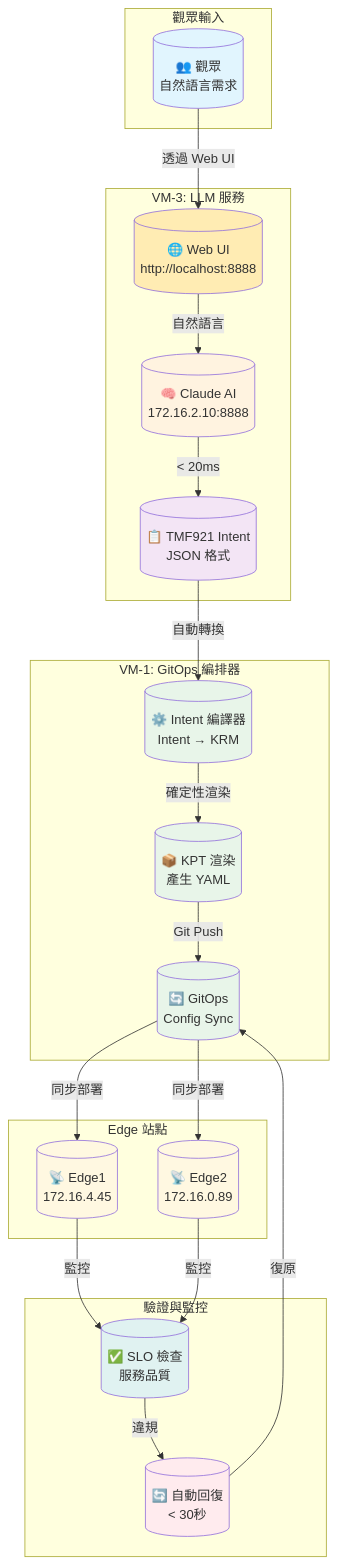
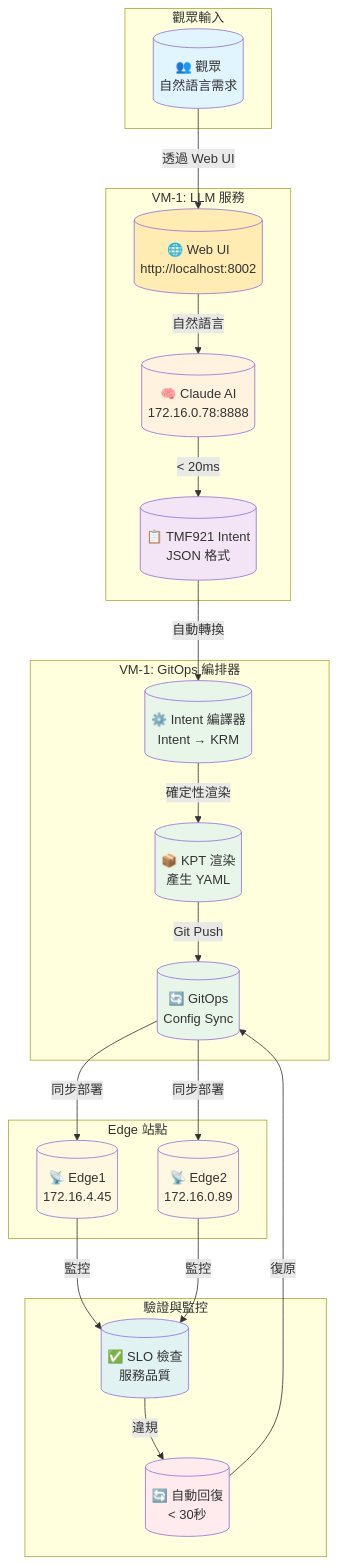
The first of 4 diagrams in docs/summit-demo/SUMMIT_DEMO_FLOW.md (thc1006/nephio-intent-to-o2-demo), drawn with Mermaid before and after one commit. The commit also changed other lines of this file and 708 other files, not shown here.

````diff
--- a/docs/summit-demo/SUMMIT_DEMO_FLOW.md
+++ b/docs/summit-demo/SUMMIT_DEMO_FLOW.md
@@ -5,53 +5,53 @@
 ```mermaid
 graph TB
     subgraph "觀眾輸入"
         USER[("👥 觀眾<br/>自然語言需求")]
     end
 
-    subgraph "VM-3: LLM 服務"
-        WEBUI[("🌐 Web UI<br/>http://localhost:8888")]
-        LLM[("🧠 Claude AI<br/>172.16.2.10:8888")]
+    subgraph "VM-1: LLM 服務"
+        WEBUI[("🌐 Web UI<br/>http://localhost:8002")]
+        LLM[("🧠 Claude AI<br/>172.16.0.78:8888")]
         INTENT[("📋 TMF921 Intent<br/>JSON 格式")]
     end
 
     subgraph "VM-1: GitOps 編排器"
         COMPILER[("⚙️ Intent 編譯器<br/>Intent → KRM")]
         KPT[("📦 KPT 渲染<br/>產生 YAML")]
         GIT[("🔄 GitOps<br/>Config Sync")]
     end
 
     subgraph "Edge 站點"
         EDGE1[("📡 Edge1<br/>172.16.4.45")]
         EDGE2[("📡 Edge2<br/>172.16.0.89")]
     end
 
     subgraph "驗證與監控"
         SLO[("✅ SLO 檢查<br/>服務品質")]
         ROLLBACK[("🔄 自動回復<br/>< 30秒")]
     end
 
     USER -->|"透過 Web UI"| WEBUI
     WEBUI -->|"自然語言"| LLM
     LLM -->|"< 20ms"| INTENT
     INTENT -->|"自動轉換"| COMPILER
     COMPILER -->|"確定性渲染"| KPT
     KPT -->|"Git Push"| GIT
     GIT -->|"同步部署"| EDGE1
     GIT -->|"同步部署"| EDGE2
     EDGE1 -->|"監控"| SLO
     EDGE2 -->|"監控"| SLO
     SLO -->|"違規"| ROLLBACK
     ROLLBACK -->|"復原"| GIT
 
     style USER fill:#e1f5fe
     style WEBUI fill:#ffecb3
     style LLM fill:#fff3e0
     style INTENT fill:#f3e5f5
     style COMPILER fill:#e8f5e9
     style KPT fill:#e8f5e9
     style GIT fill:#e8f5e9
     style EDGE1 fill:#fff8e1
     style EDGE2 fill:#fff8e1
     style SLO fill:#e0f2f1
     style ROLLBACK fill:#ffebee
 ```
````
